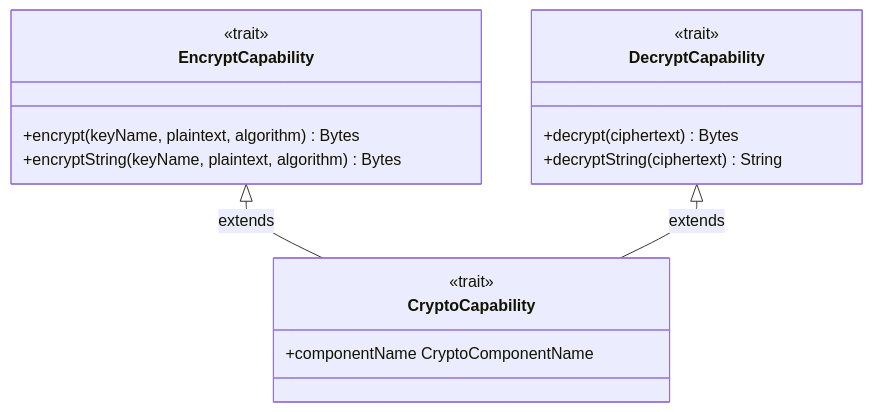
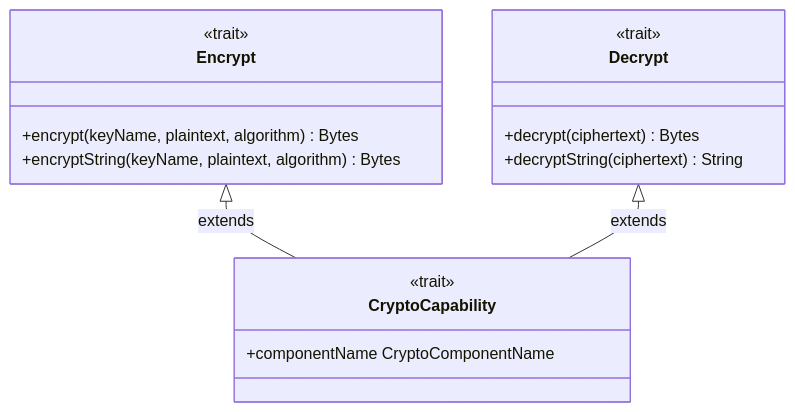
The seventh of 36 diagrams in docs/CAPABILITY-SPLITS.md (sideeffffect/dapr4s), drawn with Mermaid before and after one commit. The commit also changed other lines of this file, not shown here.

````diff
--- a/docs/CAPABILITY-SPLITS.md
+++ b/docs/CAPABILITY-SPLITS.md
@@ -182,19 +182,19 @@
 ```mermaid
 classDiagram
-    class EncryptCapability {
+    class Encrypt {
         <<trait>>
         +encrypt(keyName, plaintext, algorithm) Bytes
         +encryptString(keyName, plaintext, algorithm) Bytes
     }
-    class DecryptCapability {
+    class Decrypt {
         <<trait>>
         +decrypt(ciphertext) Bytes
         +decryptString(ciphertext) String
     }
     class CryptoCapability {
         <<trait>>
         +componentName CryptoComponentName
     }
-    EncryptCapability <|-- CryptoCapability : extends
-    DecryptCapability <|-- CryptoCapability : extends
+    Encrypt <|-- CryptoCapability : extends
+    Decrypt <|-- CryptoCapability : extends
 ```
````
